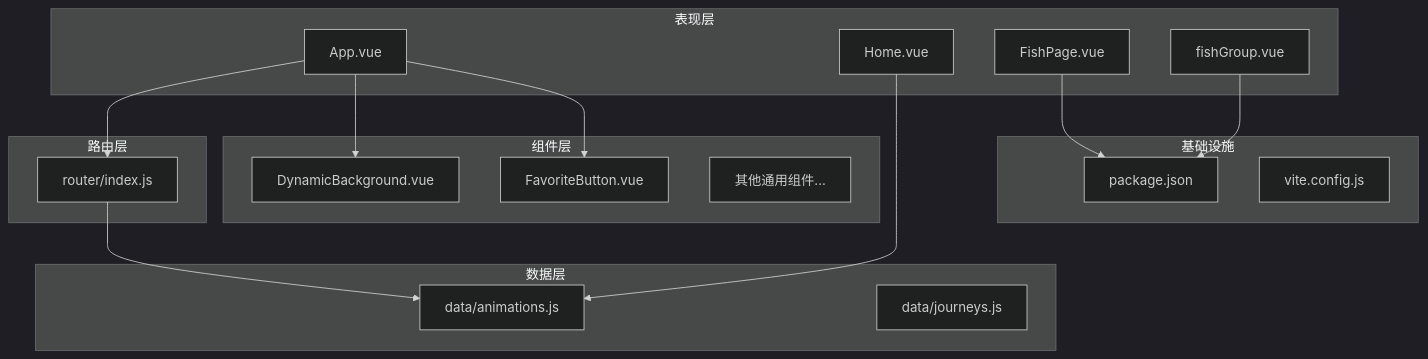
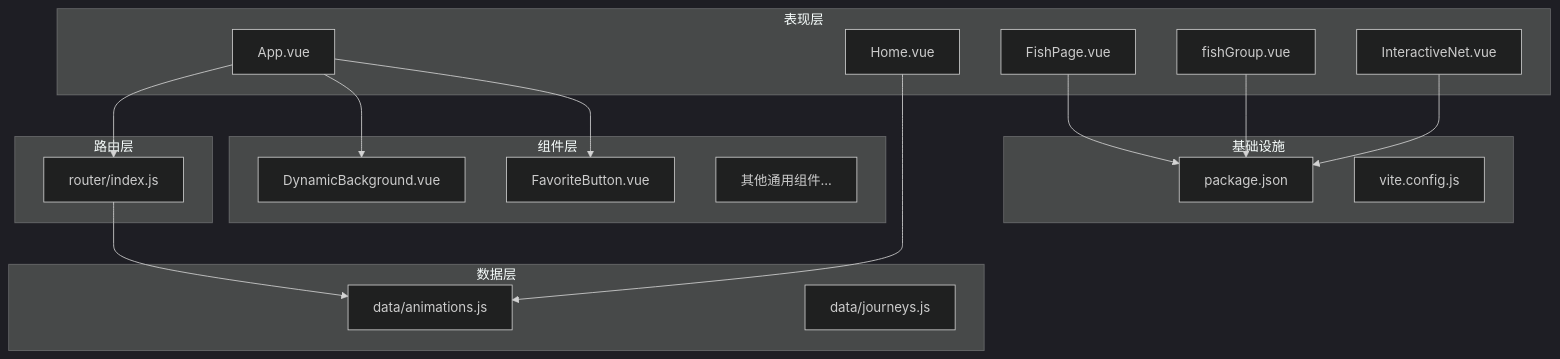
The third of 8 diagrams in .qoder/repowiki/zh/content/动画系统/鱼群动画.md (yuyezhizhi/yuyezhizhi.github.io), drawn with Mermaid (dark theme) before and after one commit. The commit also changed other lines of this file and 10 other files, not shown here.

````diff
--- a/.qoder/repowiki/zh/content/动画系统/鱼群动画.md
+++ b/.qoder/repowiki/zh/content/动画系统/鱼群动画.md
@@ -124,32 +127,34 @@
 ```mermaid
 graph TB
 subgraph "表现层"
 A[App.vue]
 B[Home.vue]
 C[FishPage.vue]
 D[fishGroup.vue]
+E[InteractiveNet.vue]
 end
 subgraph "路由层"
-E[router/index.js]
+F[router/index.js]
 end
 subgraph "数据层"
-F[data/animations.js]
-G[data/journeys.js]
+G[data/animations.js]
+H[data/journeys.js]
 end
 subgraph "组件层"
-H[DynamicBackground.vue]
-I[FavoriteButton.vue]
-J[其他通用组件...]
+I[DynamicBackground.vue]
+J[FavoriteButton.vue]
+K[其他通用组件...]
 end
 subgraph "基础设施"
-K[package.json]
-L[vite.config.js]
+L[package.json]
+M[vite.config.js]
 end
-A --> E
-B --> F
-C --> K
-D --> K
-E --> F
-A --> H
+A --> F
+B --> G
+C --> L
+D --> L
+E --> L
+F --> G
 A --> I
+A --> J
 ```
````
